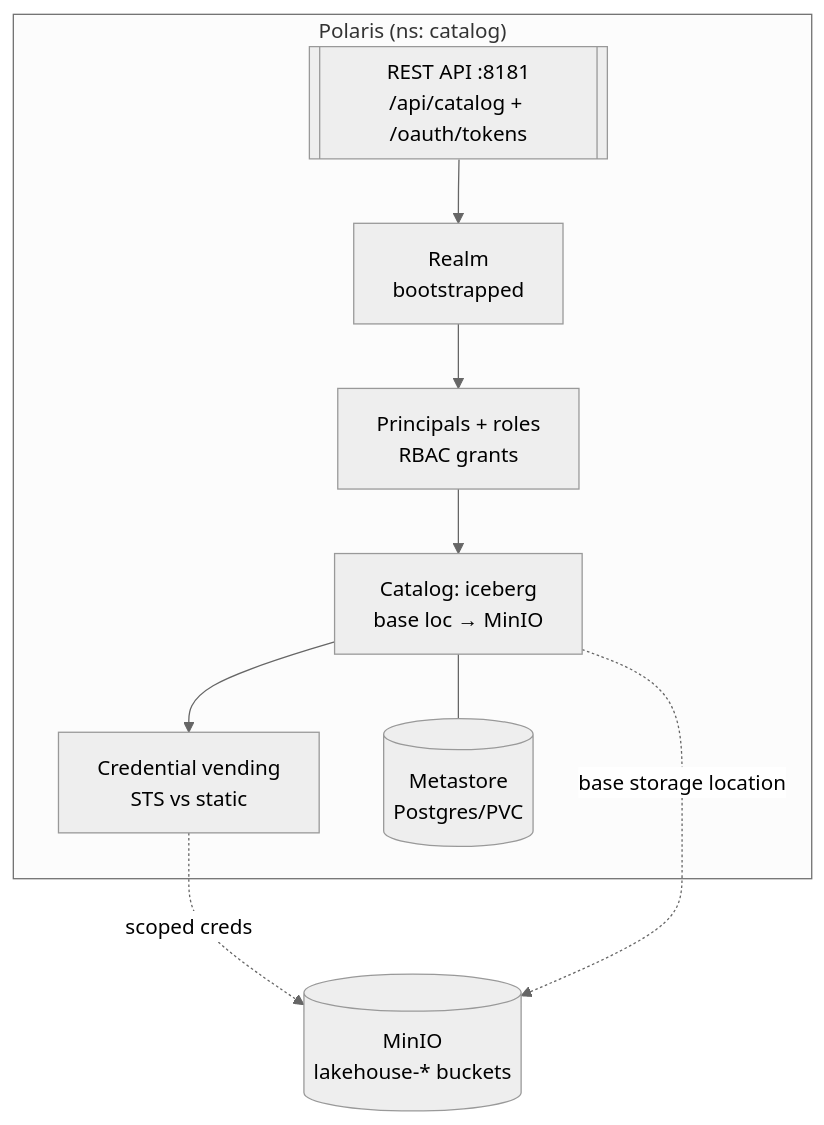
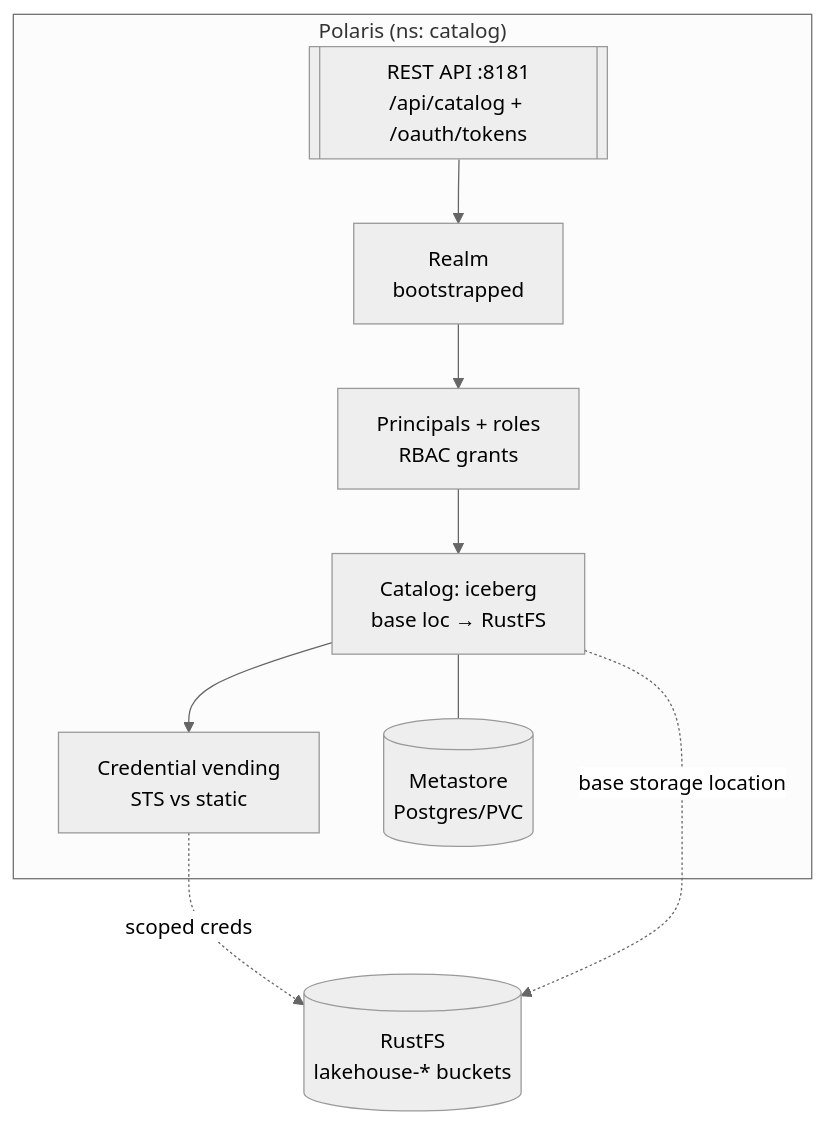
The first of 3 diagrams in docs/tech/lld/03-governance-catalog.md (christiannarbon/open-iceberg-stack), drawn with Mermaid (neutral theme) before and after one commit. The commit also changed other lines of this file, not shown here.

Commit message:
add rustfs governance into governance llds

````diff
--- a/docs/tech/lld/03-governance-catalog.md
+++ b/docs/tech/lld/03-governance-catalog.md
@@ -15,16 +15,16 @@
 ```mermaid
 flowchart TB
     subgraph polaris["Polaris (ns: catalog)"]
         rest[[REST API :8181<br/>/api/catalog + /oauth/tokens]]
         realm[Realm<br/>bootstrapped]
         principals[Principals + roles<br/>RBAC grants]
-        catalog[Catalog: iceberg<br/>base loc → MinIO]
+        catalog[Catalog: iceberg<br/>base loc → RustFS]
         vend[Credential vending<br/>STS vs static]
         meta[(Metastore<br/>Postgres/PVC)]
         rest --> realm --> principals --> catalog --> vend
         catalog --- meta
     end
-    minio[(MinIO<br/>lakehouse-* buckets)]
-    vend -.scoped creds.-> minio
-    catalog -.base storage location.-> minio
+    rustfs[(RustFS<br/>lakehouse-* buckets)]
+    vend -.scoped creds.-> rustfs
+    catalog -.base storage location.-> rustfs
 ```
````
